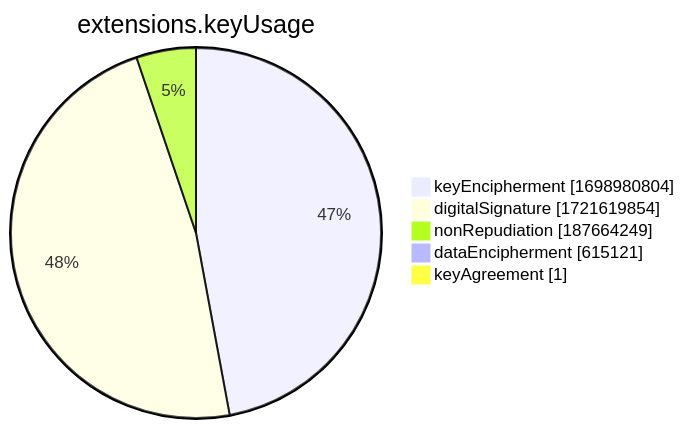
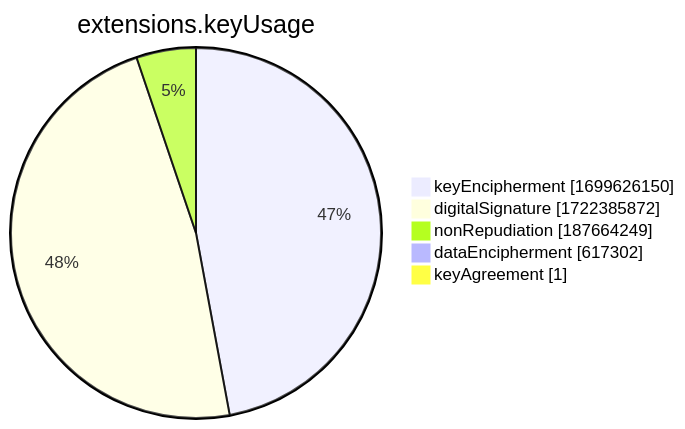
One commit to christiankrug/ctmonitor_visualization changed the seventh of 15 diagrams in xenon2022/README.md. Above: the diagram before and after it, drawn with Mermaid. The commit also changed other lines of this file, not shown here.

````diff
--- a/xenon2022/README.md
+++ b/xenon2022/README.md
@@ -2858,9 +2858,9 @@
 ```mermaid
 pie showData
 title extensions.keyUsage
-"keyEncipherment" :1698980804
-"digitalSignature" :1721619854
+"keyEncipherment" :1699626150
+"digitalSignature" :1722385872
 "nonRepudiation" :187664249
-"dataEncipherment" :615121
+"dataEncipherment" :617302
 "keyAgreement" :1
 ```
````
